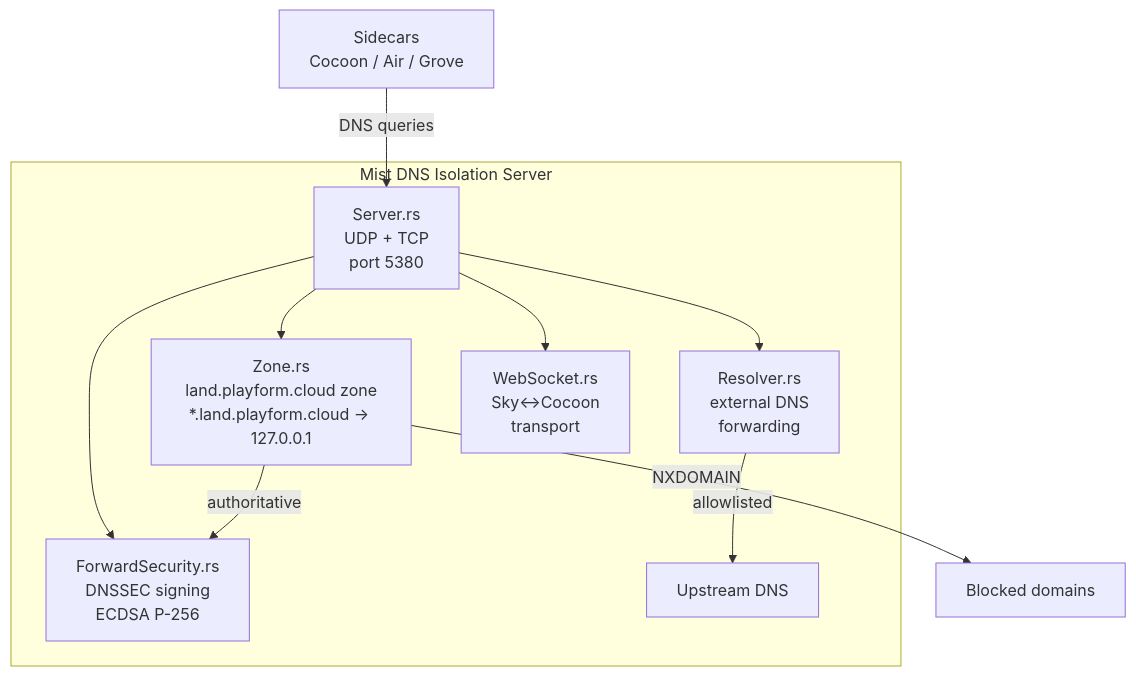
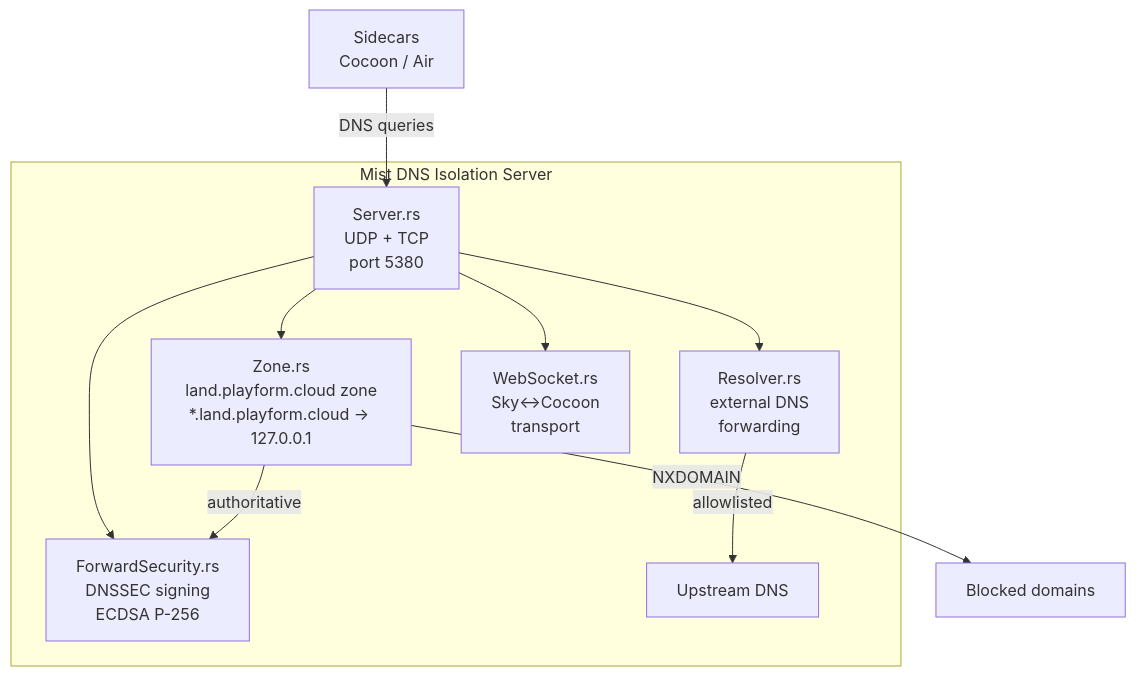
One commit to CodeEditorLand/Mist changed the diagram in Documentation/GitHub/Architecture.md. Above: the diagram before and after it, drawn with Mermaid. The commit also changed other lines of this file and 4 other files, not shown here.

First line of the commit message:
docs(Mist): Remove `Air` from DNS resolver consumers

````diff
--- a/Documentation/GitHub/Architecture.md
+++ b/Documentation/GitHub/Architecture.md
@@ -25,20 +25,20 @@
 ```mermaid
 graph TB
     subgraph Mist["Mist DNS Isolation Server"]
         SRV["Server.rs<br/>UDP + TCP<br/>port 5380"]
         ZONE["Zone.rs<br/>land.playform.cloud zone<br/>*.land.playform.cloud -> 127.0.0.1"]
         RES["Resolver.rs<br/>external DNS<br/>forwarding"]
         FSEC["ForwardSecurity.rs<br/>DNSSEC signing<br/>ECDSA P-256"]
         WS["WebSocket.rs<br/>Sky<->Cocoon<br/>transport"]
 
         SRV --> ZONE
         SRV --> RES
         SRV --> FSEC
         SRV --> WS
         ZONE -->|"authoritative"| FSEC
         RES -->|"allowlisted"| UPSTREAM["Upstream DNS"]
     end
 
-    SIDECARS["Sidecars<br/>Cocoon / Air / Grove"] -->|"DNS queries"| SRV
+    SIDECARS["Sidecars<br/>Cocoon / Air"] -->|"DNS queries"| SRV
     ZONE -->|"NXDOMAIN"| BLOCKED["Blocked domains"]
 ```
````
